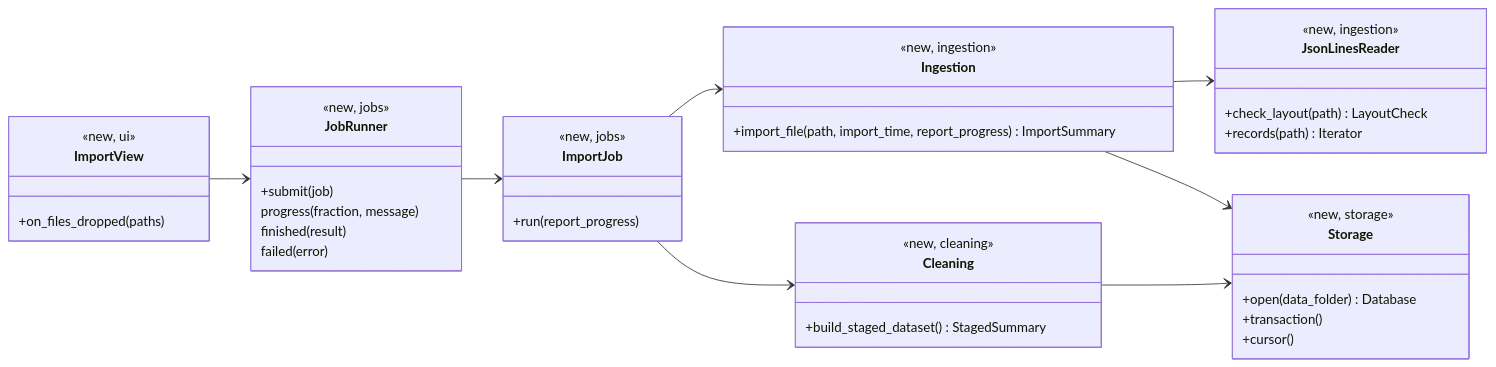
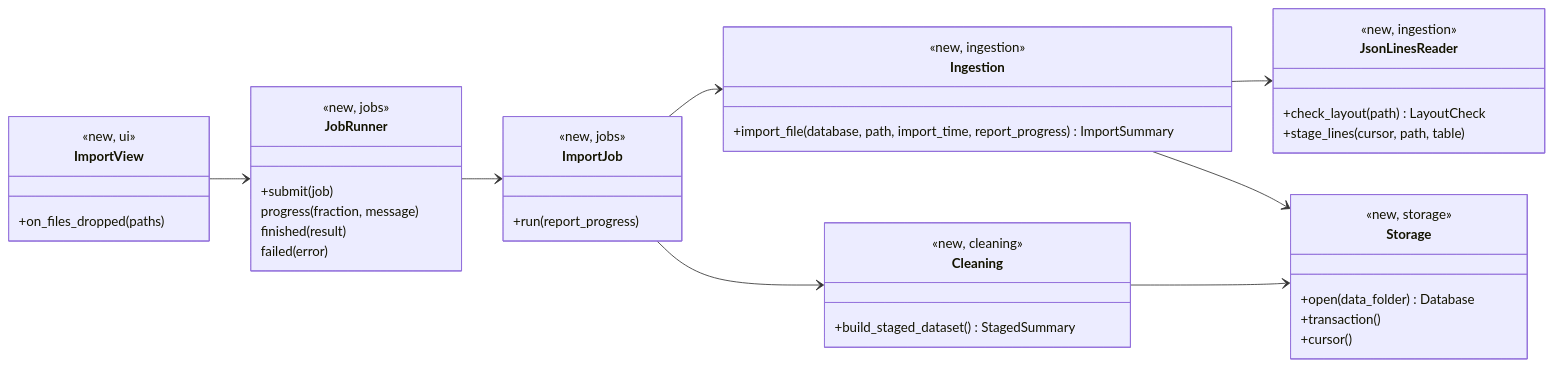
Before and after one commit to PathNotFound404/cosc-40943-team-06-USPTO: the first of 4 diagrams in docs/design/intake.md, drawn with Mermaid. The commit also changed other lines of this file and 44 other files, not shown here.

````diff
--- a/docs/design/intake.md
+++ b/docs/design/intake.md
@@ -28,45 +28,45 @@
 ```mermaid
 classDiagram
     direction LR
     class ImportView {
         <<new, ui>>
         +on_files_dropped(paths)
     }
     class JobRunner {
         <<new, jobs>>
         +submit(job)
         progress(fraction, message)
         finished(result)
         failed(error)
     }
     class ImportJob {
         <<new, jobs>>
         +run(report_progress)
     }
     class Ingestion {
         <<new, ingestion>>
-        +import_file(path, import_time, report_progress) ImportSummary
+        +import_file(database, path, import_time, report_progress) ImportSummary
     }
     class JsonLinesReader {
         <<new, ingestion>>
         +check_layout(path) LayoutCheck
-        +records(path) Iterator
+        +stage_lines(cursor, path, table)
     }
     class Cleaning {
         <<new, cleaning>>
         +build_staged_dataset() StagedSummary
     }
     class Storage {
         <<new, storage>>
         +open(data_folder) Database
         +transaction()
         +cursor()
     }
     ImportView --> JobRunner
     JobRunner --> ImportJob
     ImportJob --> Ingestion
     ImportJob --> Cleaning
     Ingestion --> JsonLinesReader
     Ingestion --> Storage
     Cleaning --> Storage
 ```
````
